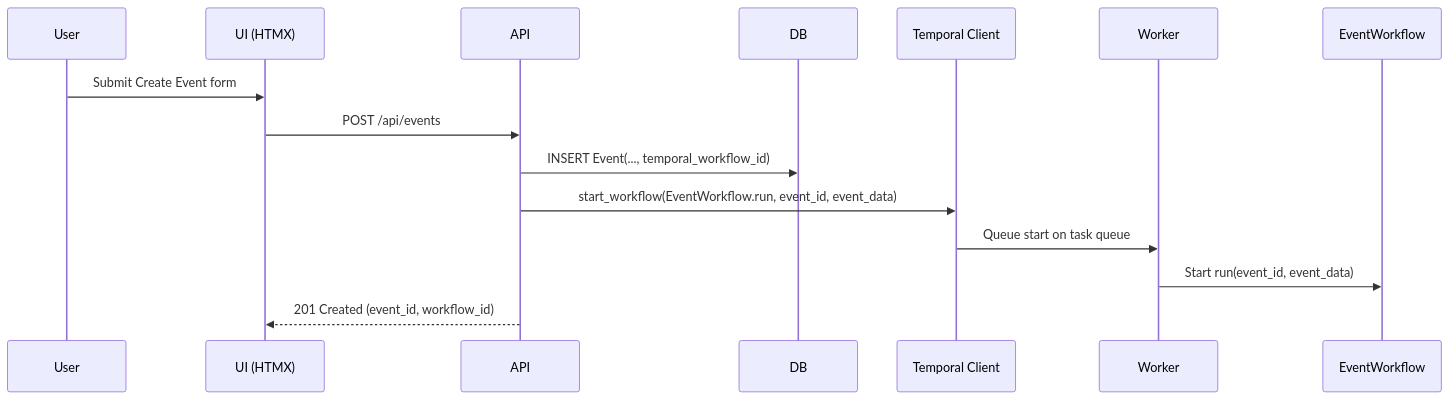
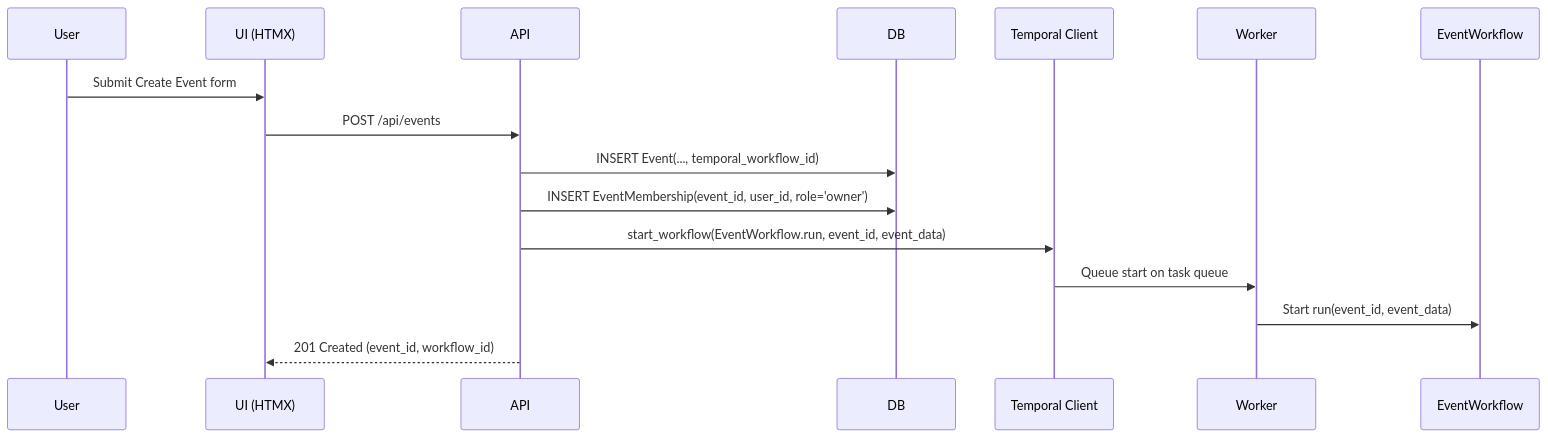
Before and after one commit to pypeaday/soonish: the fifth of 11 diagrams in docs/reimplementation-plan.md, drawn with Mermaid. The commit also changed other lines of this file and 3 other files, not shown here.

````diff
--- a/docs/reimplementation-plan.md
+++ b/docs/reimplementation-plan.md
@@ -128,17 +175,18 @@
 ```mermaid
 sequenceDiagram
   participant U as User
   participant UI as UI (HTMX)
   participant API
   participant DB
   participant TC as Temporal Client
   participant W as Worker
   participant WF as EventWorkflow
   U->>UI: Submit Create Event form
   UI->>API: POST /api/events
   API->>DB: INSERT Event(..., temporal_workflow_id)
+  API->>DB: INSERT EventMembership(event_id, user_id, role='owner')
   API->>TC: start_workflow(EventWorkflow.run, event_id, event_data)
   TC->>W: Queue start on task queue
   W->>WF: Start run(event_id, event_data)
   API-->>UI: 201 Created (event_id, workflow_id)
 ```
````
